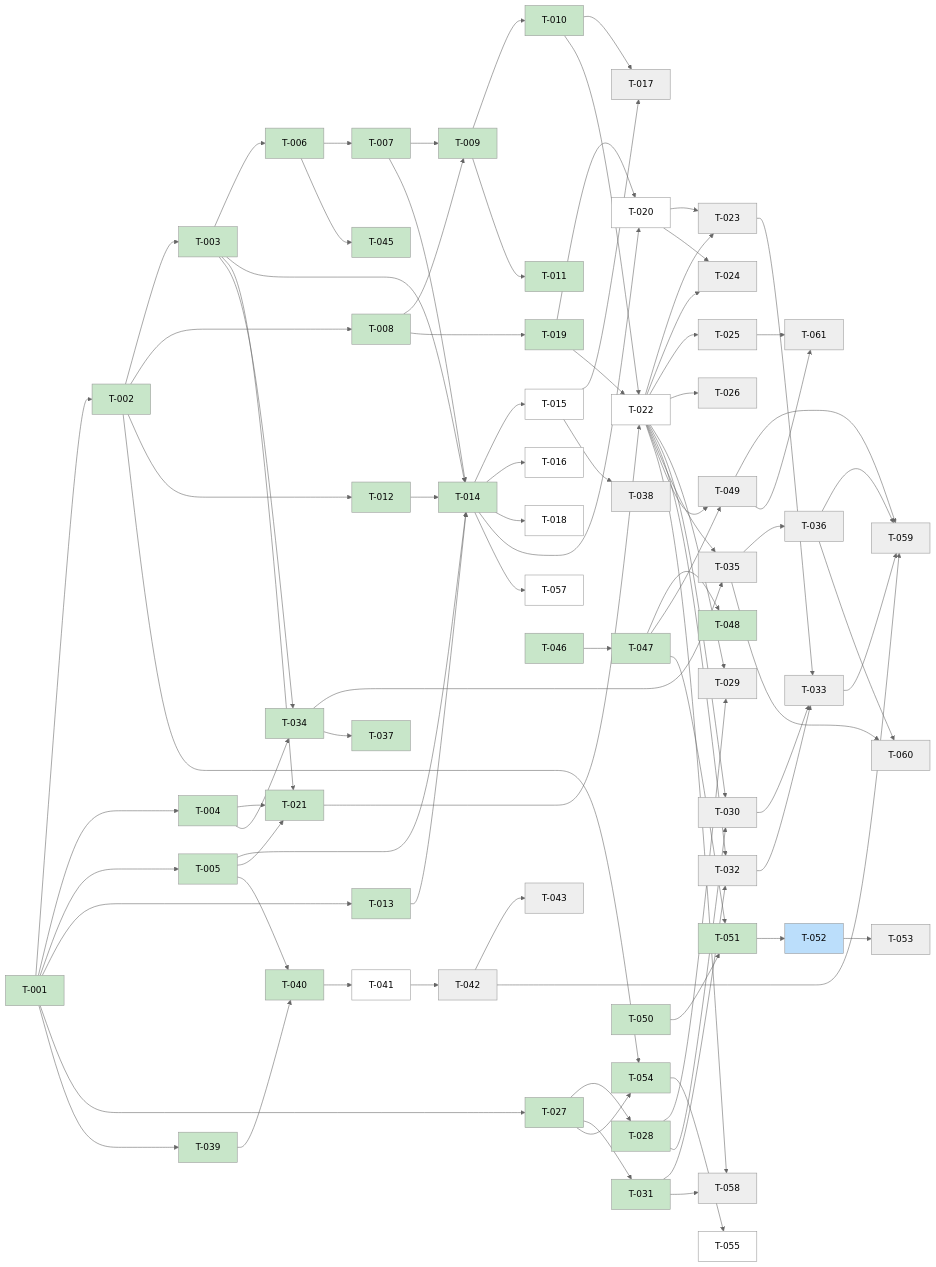
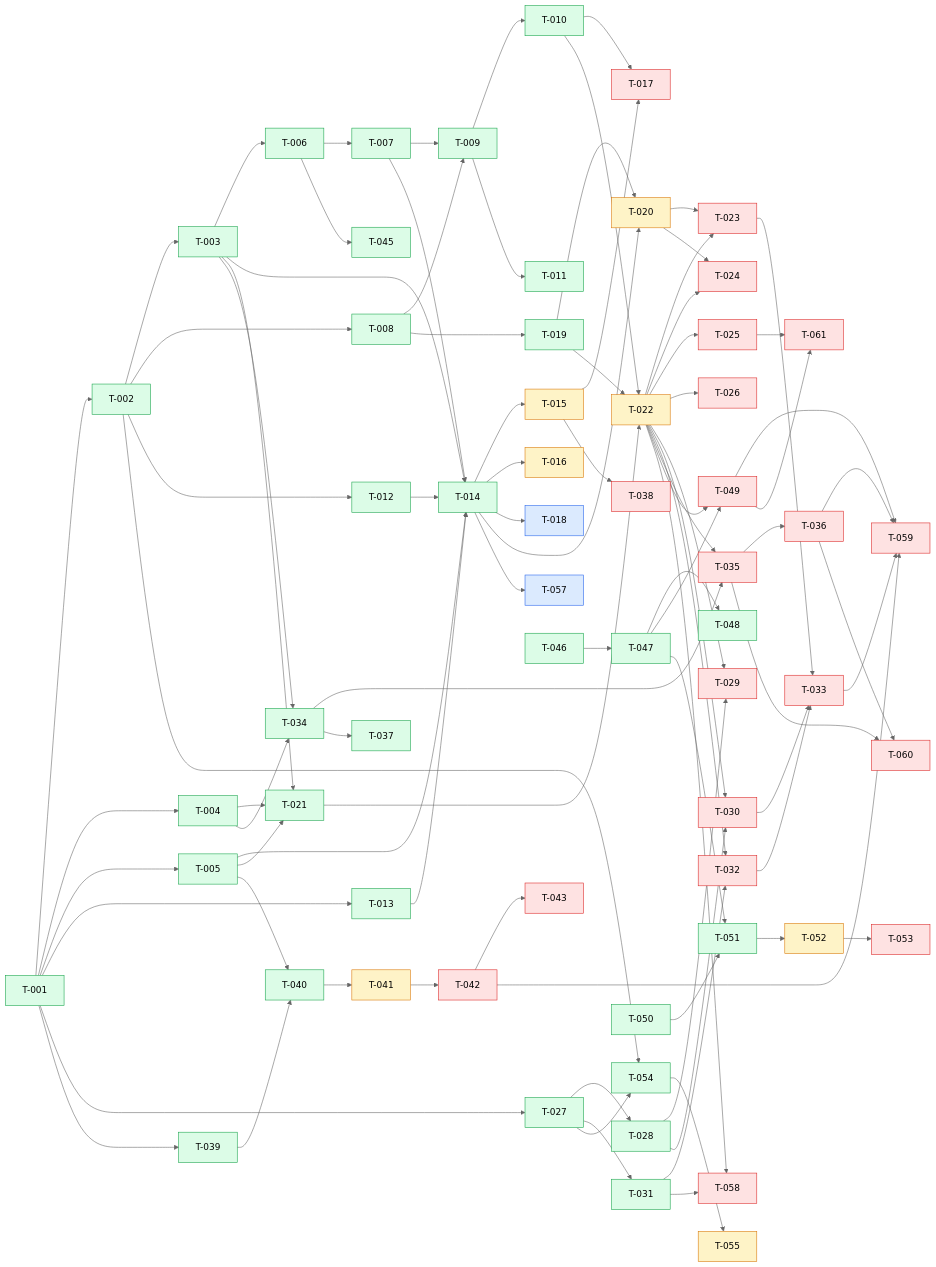
The diagram in kanban/BOARD.md (scholtz/biatec-chat), drawn with Mermaid (neutral theme) before and after one commit. The commit also changed other lines of this file and 6 other files, not shown here.

````diff
--- a/kanban/BOARD.md
+++ b/kanban/BOARD.md
@@ -183,13 +183,71 @@
   T036[T-036] --> T060[T-060]
   T025[T-025] --> T061[T-061]
   T049[T-049] --> T061[T-061]
-  classDef done fill:#c8e6c9
-  classDef review fill:#fff9c4
-  classDef inprogress fill:#bbdefb
-  classDef backlog fill:#ffffff
-  classDef blocked fill:#eeeeee
-  class T001,T002,T003,T004,T005,T006,T007,T008,T009,T010,T011,T012,T013,T014,T019,T021,T027,T028,T031,T034,T037,T039,T040,T044,T045,T046,T047,T048,T050,T051,T054,T056 done
-  class T052 inprogress
-  class T015,T020,T022,T041,T055,T016,T018,T057 backlog
-  class T023,T042,T017,T024,T029,T030,T032,T033,T035,T036,T038,T049,T059,T025,T026,T043,T053,T058,T060,T061 blocked
+  classDef backlog fill:#dbeafe,stroke:#2563eb
+  classDef prog fill:#fef3c7,stroke:#d97706
+  classDef blocked fill:#fee2e2,stroke:#dc2626
+  classDef review fill:#ede9fe,stroke:#7c3aed
+  classDef done fill:#dcfce7,stroke:#16a34a
+  class T001 done
+  class T002 done
+  class T003 done
+  class T004 done
+  class T005 done
+  class T006 done
+  class T007 done
+  class T008 done
+  class T009 done
+  class T010 done
+  class T011 done
+  class T012 done
+  class T013 done
+  class T014 done
+  class T015 prog
+  class T016 prog
+  class T017 blocked
+  class T018 backlog
+  class T019 done
+  class T020 prog
+  class T021 done
+  class T022 prog
+  class T023 blocked
+  class T024 blocked
+  class T025 blocked
+  class T026 blocked
+  class T027 done
+  class T028 done
+  class T029 blocked
+  class T030 blocked
+  class T031 done
+  class T032 blocked
+  class T033 blocked
+  class T034 done
+  class T035 blocked
+  class T036 blocked
+  class T037 done
+  class T038 blocked
+  class T039 done
+  class T040 done
+  class T041 prog
+  class T042 blocked
+  class T043 blocked
+  class T044 done
+  class T045 done
+  class T046 done
+  class T047 done
+  class T048 done
+  class T049 blocked
+  class T050 done
+  class T051 done
+  class T052 prog
+  class T053 blocked
+  class T054 done
+  class T055 prog
+  class T056 done
+  class T057 backlog
+  class T058 blocked
+  class T059 blocked
+  class T060 blocked
+  class T061 blocked
+
 ```
````
